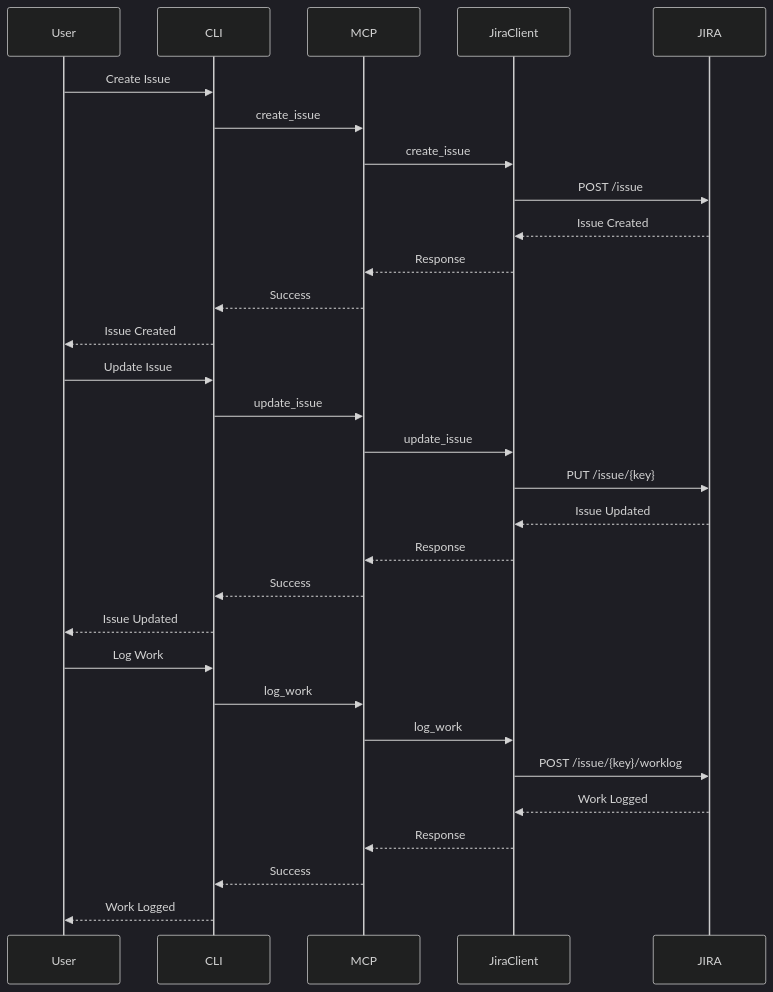
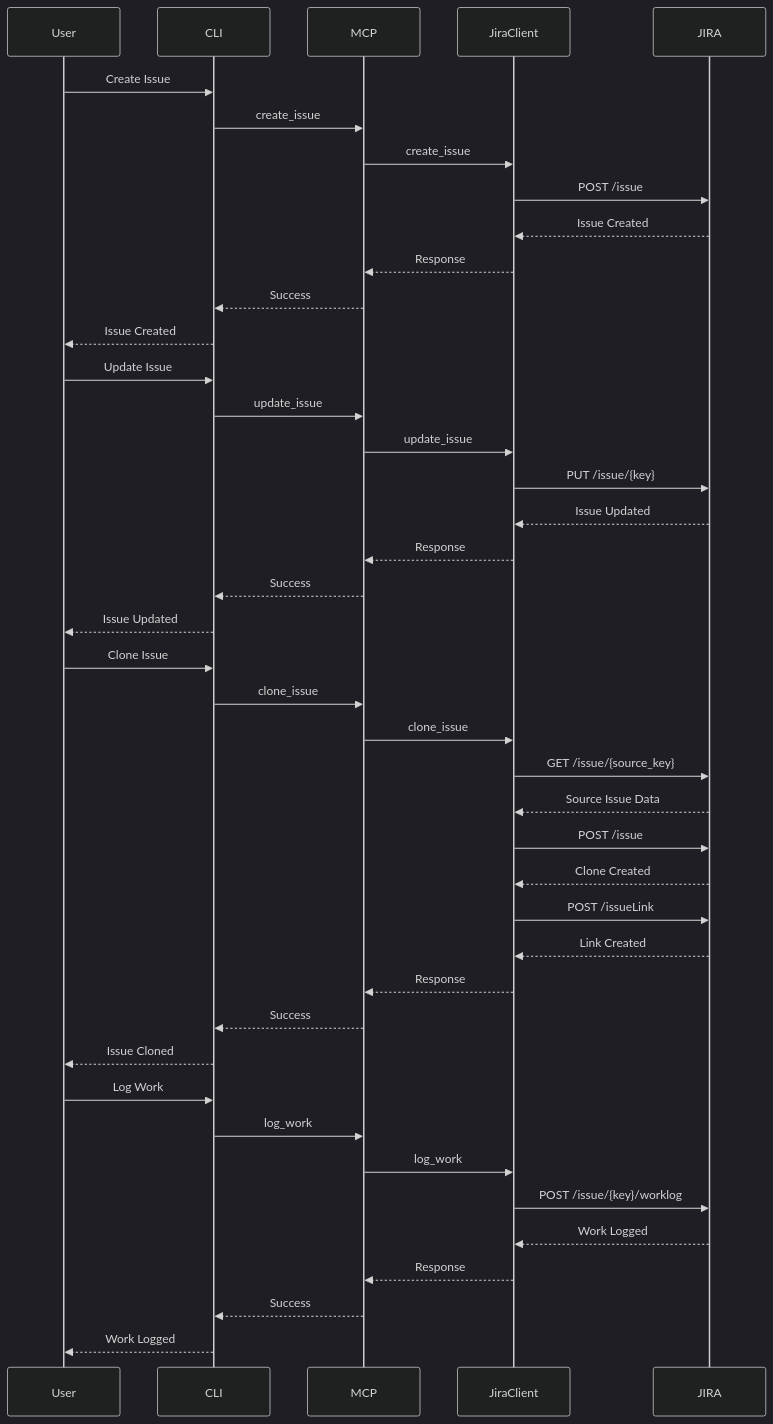
The second of 4 diagrams in ARCHITECTURE.md (klauseduard/vibe-coded-jira-mcp), drawn with Mermaid (dark theme) before and after one commit. The commit also changed other lines of this file and 2 other files, not shown here.

Commit message:
Update documentation to include the clone_issue functionality

````diff
--- a/ARCHITECTURE.md
+++ b/ARCHITECTURE.md
@@ -66,35 +66,48 @@
 ```mermaid
 sequenceDiagram
     participant User
     participant CLI
     participant MCP
     participant JiraClient
     participant JIRA
 
     User->>CLI: Create Issue
     CLI->>MCP: create_issue
     MCP->>JiraClient: create_issue
     JiraClient->>JIRA: POST /issue
     JIRA-->>JiraClient: Issue Created
     JiraClient-->>MCP: Response
     MCP-->>CLI: Success
     CLI-->>User: Issue Created
 
     User->>CLI: Update Issue
     CLI->>MCP: update_issue
     MCP->>JiraClient: update_issue
     JiraClient->>JIRA: PUT /issue/{key}
     JIRA-->>JiraClient: Issue Updated
     JiraClient-->>MCP: Response
     MCP-->>CLI: Success
     CLI-->>User: Issue Updated
 
+    User->>CLI: Clone Issue
+    CLI->>MCP: clone_issue
+    MCP->>JiraClient: clone_issue
+    JiraClient->>JIRA: GET /issue/{source_key}
+    JIRA-->>JiraClient: Source Issue Data
+    JiraClient->>JIRA: POST /issue
+    JIRA-->>JiraClient: Clone Created
+    JiraClient->>JIRA: POST /issueLink
+    JIRA-->>JiraClient: Link Created
+    JiraClient-->>MCP: Response
+    MCP-->>CLI: Success
+    CLI-->>User: Issue Cloned
+
     User->>CLI: Log Work
     CLI->>MCP: log_work
     MCP->>JiraClient: log_work
     JiraClient->>JIRA: POST /issue/{key}/worklog
     JIRA-->>JiraClient: Work Logged
     JiraClient-->>MCP: Response
     MCP-->>CLI: Success
     CLI-->>User: Work Logged
 ```
````
